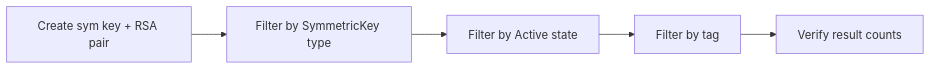
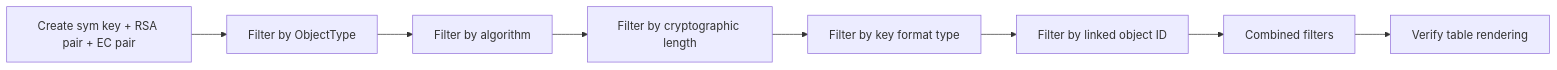
Diagram 13 of 32 in ui/tests/e2e/README.md (Cosmian/kms), drawn with Mermaid before and after one commit. The commit also changed other lines of this file and 89 other files, not shown here.

````diff
--- a/ui/tests/e2e/README.md
+++ b/ui/tests/e2e/README.md
@@ -193,7 +193,10 @@
 ```mermaid
 graph LR
-    A[Create sym key + RSA pair] --> B[Filter by SymmetricKey type]
-    B --> C[Filter by Active state]
-    C --> D[Filter by tag]
-    D --> E[Verify result counts]
+    A[Create sym key + RSA pair + EC pair] --> B[Filter by ObjectType]
+    B --> C[Filter by algorithm]
+    C --> D[Filter by cryptographic length]
+    D --> E[Filter by key format type]
+    E --> F[Filter by linked object ID]
+    F --> G[Combined filters]
+    G --> H[Verify table rendering]
 ```
````
